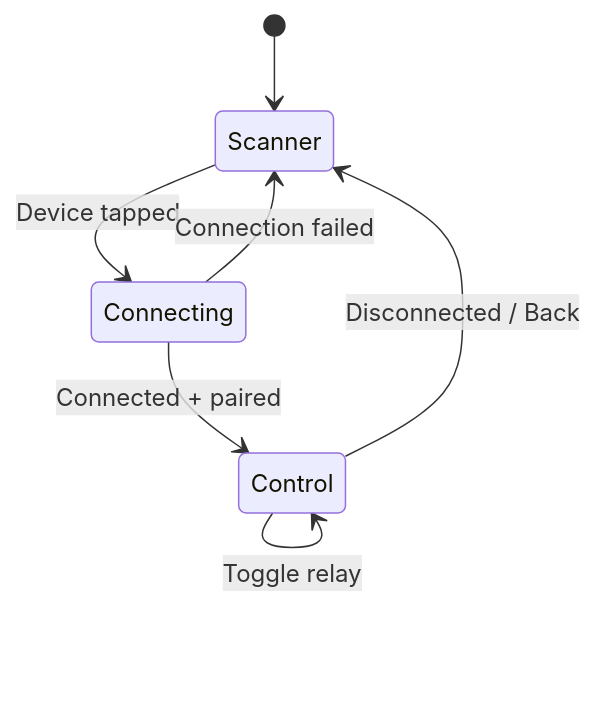
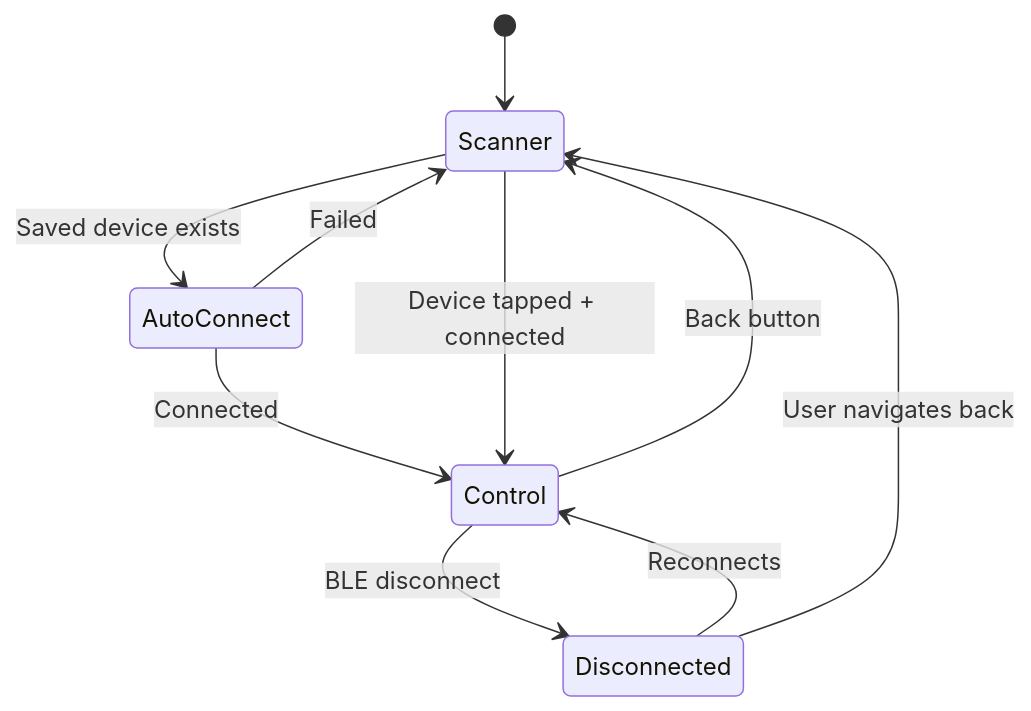
One commit to vabarcaPWR/xiao-remote-button changed the second of 3 diagrams in docs/architecture-app.md. Above: the diagram before and after it, drawn with Mermaid. The commit also changed other lines of this file and 1 other file, not shown here.

````diff
--- a/docs/architecture-app.md
+++ b/docs/architecture-app.md
@@ -37,9 +42,12 @@
 ```mermaid
 stateDiagram-v2
     [*] --> Scanner
-    Scanner --> Connecting: Device tapped
-    Connecting --> Control: Connected + paired
-    Connecting --> Scanner: Connection failed
-    Control --> Scanner: Disconnected / Back
-    Control --> Control: Toggle relay
+    Scanner --> AutoConnect: Saved device exists
+    AutoConnect --> Control: Connected
+    AutoConnect --> Scanner: Failed
+    Scanner --> Control: Device tapped + connected
+    Control --> Scanner: Back button
+    Control --> Disconnected: BLE disconnect
+    Disconnected --> Control: Reconnects
+    Disconnected --> Scanner: User navigates back
 ```
````
